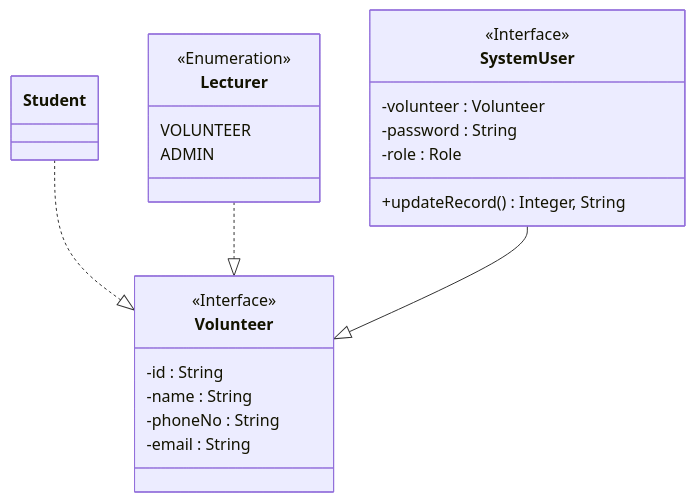
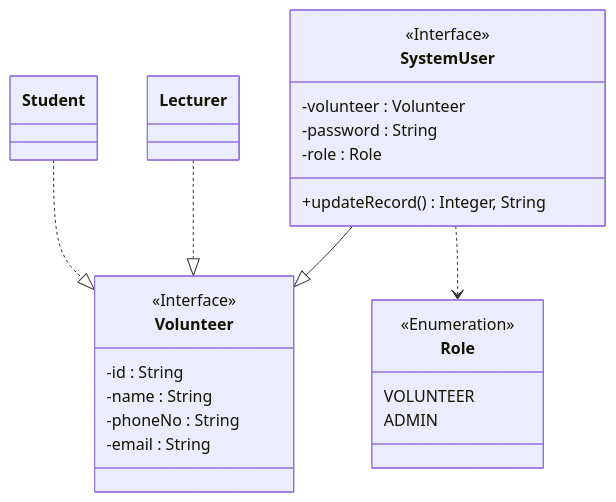
Before and after one commit to c3zbucket/advancedprogramming-project: the tenth of 11 diagrams in DEVELOPMENT.md, drawn with Mermaid. The commit also changed other lines of this file, not shown here.

Commit message:
01/04 Ammend dev diary - finished UML section?? I think

`````diff
--- a/DEVELOPMENT.md
+++ b/DEVELOPMENT.md
@@ -318,29 +320,30 @@
 ````mermaid
 classDiagram
     class Volunteer{
         <<Interface>>
         -id : String
         -name : String
         -phoneNo : String
         -email : String
     }
     class SystemUser{
         <<Interface>>
         +updateRecord() Integer, String
     }
     Student ..|> Volunteer
     Lecturer ..|> Volunteer
     SystemUser --|> Volunteer
     class Student{ }
     class Lecturer{ }
-    class Lecturer{
+    class Role{
         <<Enumeration>>
         VOLUNTEER
         ADMIN
     }
     class SystemUser {
         -volunteer : Volunteer
         -password : String
         -role : Role
     }
+    SystemUser ..> Role
 ````
`````
